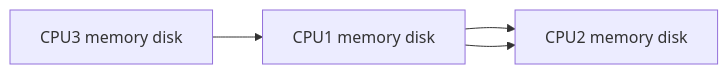
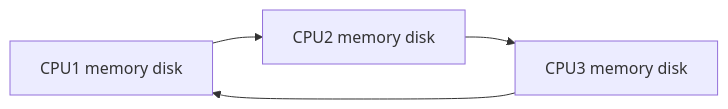
One commit to plienta/DS changed the first of 2 diagrams in day2.md. Above: the diagram before and after it, drawn with Mermaid. The commit also changed other lines of this file, not shown here.

````diff
--- a/day2.md
+++ b/day2.md
@@ -33,6 +33,6 @@
 ```mermaid
 graph LR
 A[CPU1 memory disk] --> B[CPU2 memory disk]
 C[CPU3 memory disk] --> A
-A --> B
+B --> C
 ```
````
